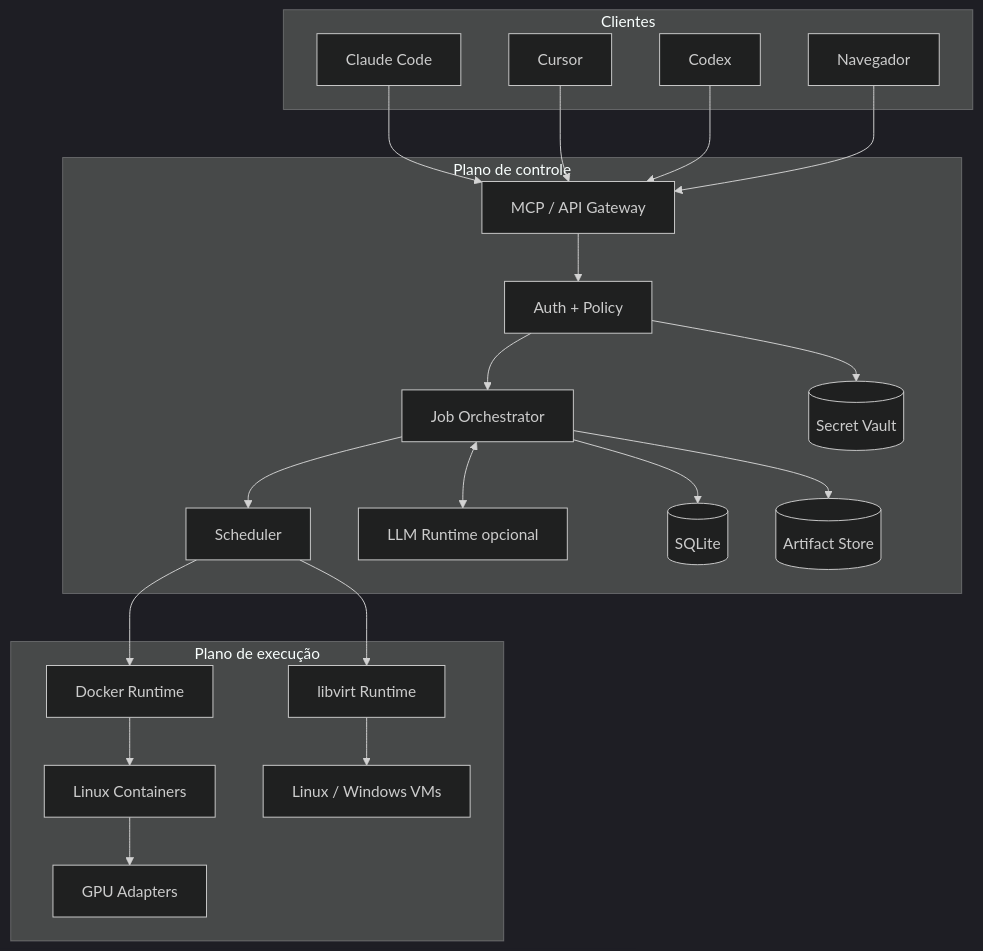
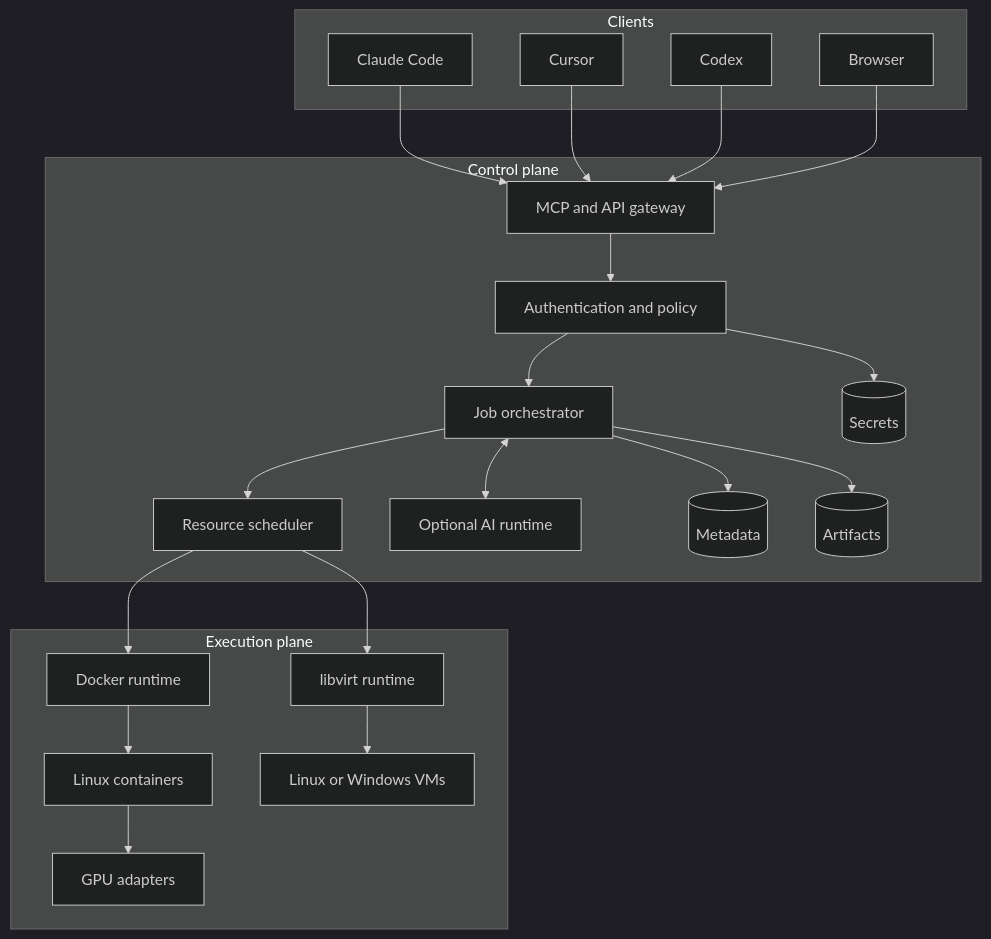
One commit to zarigata/double-agent changed the sixth of 6 diagrams in README.md. Above: the diagram before and after it, drawn with Mermaid (dark theme). The commit also changed other lines of this file and 29 other files, not shown here.

````diff
--- a/README.md
+++ b/README.md
@@ -356,45 +260,42 @@
 ```mermaid
 flowchart TB
-    subgraph Clients[Clientes]
+    subgraph Clients
         CC[Claude Code]
         CU[Cursor]
         CX[Codex]
-        UI[Navegador]
+        UI[Browser]
     end
-
-    subgraph Control[Plano de controle]
-        GW[MCP / API Gateway]
-        AU[Auth + Policy]
-        JO[Job Orchestrator]
-        SC[Scheduler]
-        IA[LLM Runtime opcional]
-        DB[(SQLite)]
-        VA[(Secret Vault)]
-        AR[(Artifact Store)]
+    subgraph Control[Control plane]
+        GW[MCP and API gateway]
+        AU[Authentication and policy]
+        JO[Job orchestrator]
+        SC[Resource scheduler]
+        IA[Optional AI runtime]
+        DB[(Metadata)]
+        VA[(Secrets)]
+        AR[(Artifacts)]
     end
-
-    subgraph Execution[Plano de execução]
-        DO[Docker Runtime]
-        LV[libvirt Runtime]
-        LC[Linux Containers]
-        VM[Linux / Windows VMs]
-        GP[GPU Adapters]
+    subgraph Execution[Execution plane]
+        DO[Docker runtime]
+        LV[libvirt runtime]
+        LC[Linux containers]
+        VM[Linux or Windows VMs]
+        GP[GPU adapters]
     end
-
     CC --> GW
     CU --> GW
     CX --> GW
     UI --> GW
     GW --> AU
     AU --> JO
     JO --> SC
     JO <--> IA
     JO --> DB
     JO --> AR
     AU --> VA
     SC --> DO
     SC --> LV
     DO --> LC
     LC --> GP
     LV --> VM
 ```
````
